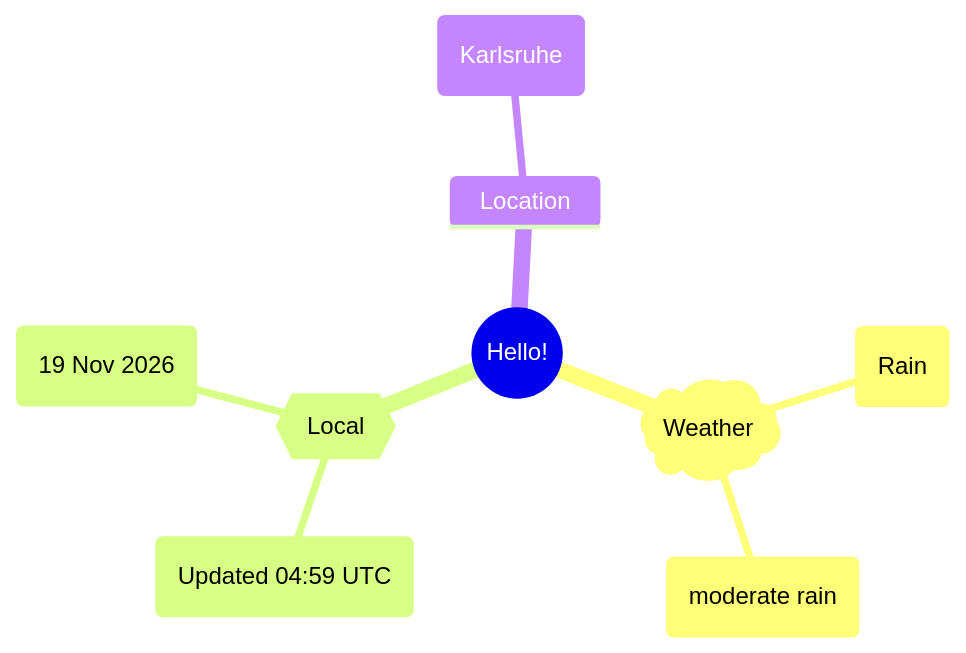
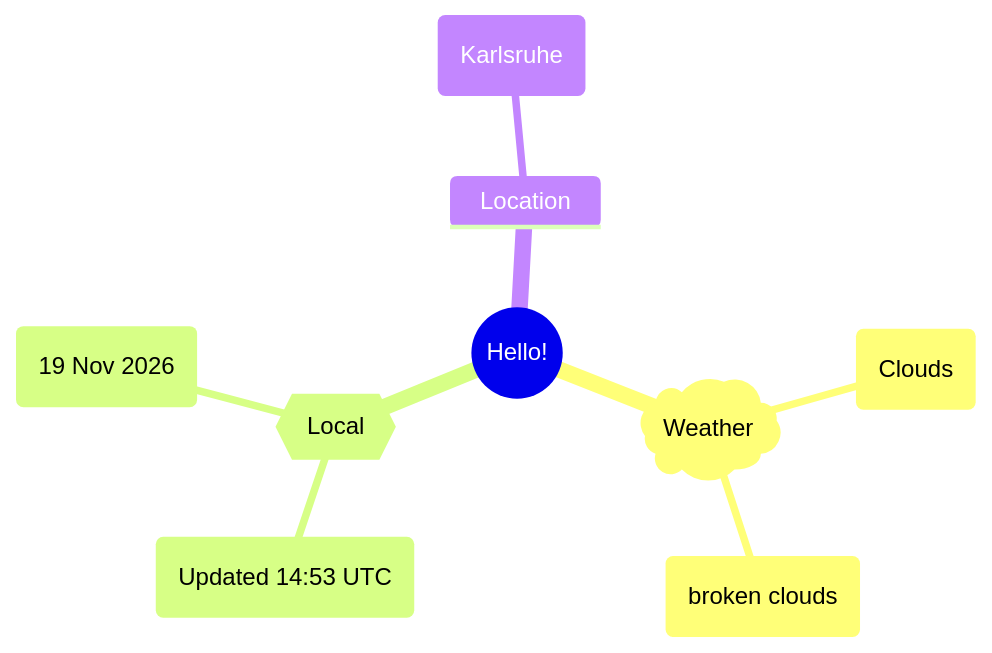
Before and after one commit to Xosrov/Xosrov: the first of 2 diagrams in README.md, drawn with Mermaid.

Commit message:
[bot] updated images

````diff
--- a/README.md
+++ b/README.md
@@ -3,12 +3,12 @@
 ```mermaid
 mindmap
   root((Hello!))
     )Weather(
-        (Rain)
-        (moderate rain)
+        (Clouds)
+        (broken clouds)
     {{Local}}
-        (Updated 04:59 UTC)
+        (Updated 14:53 UTC)
         (19 Nov 2026)
     Location
         (Karlsruhe)
 ```
````
